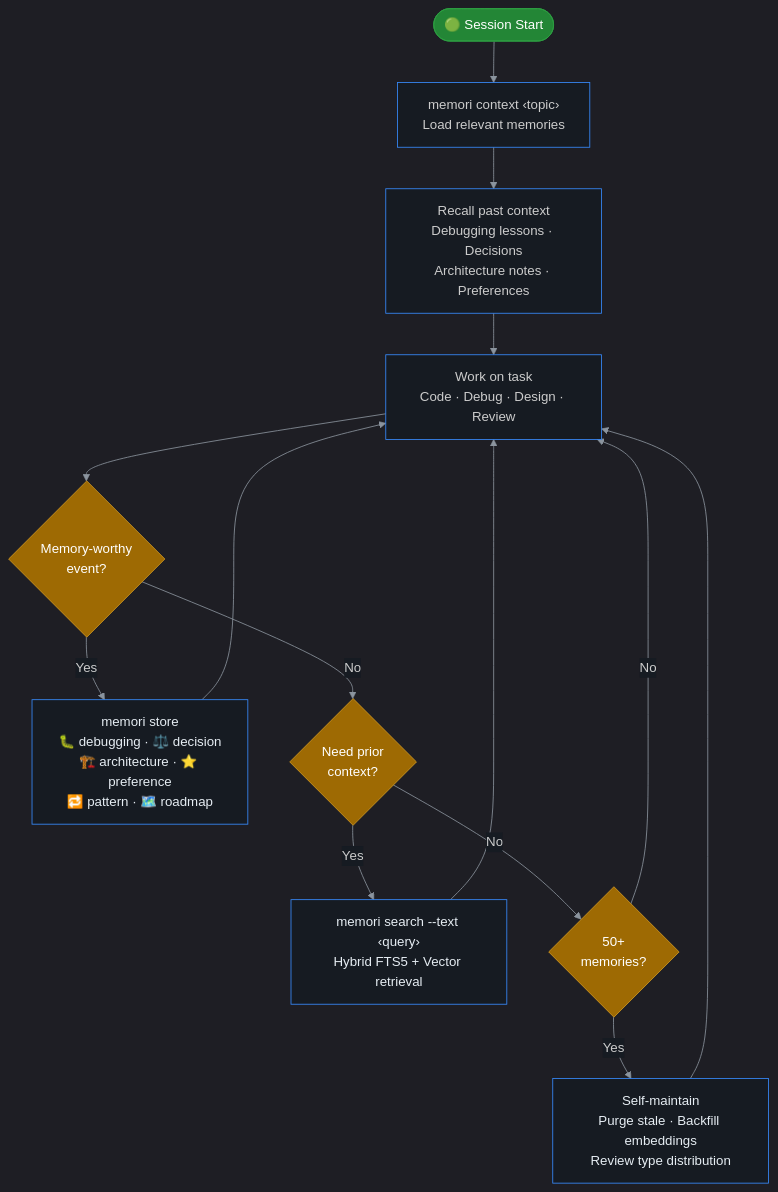
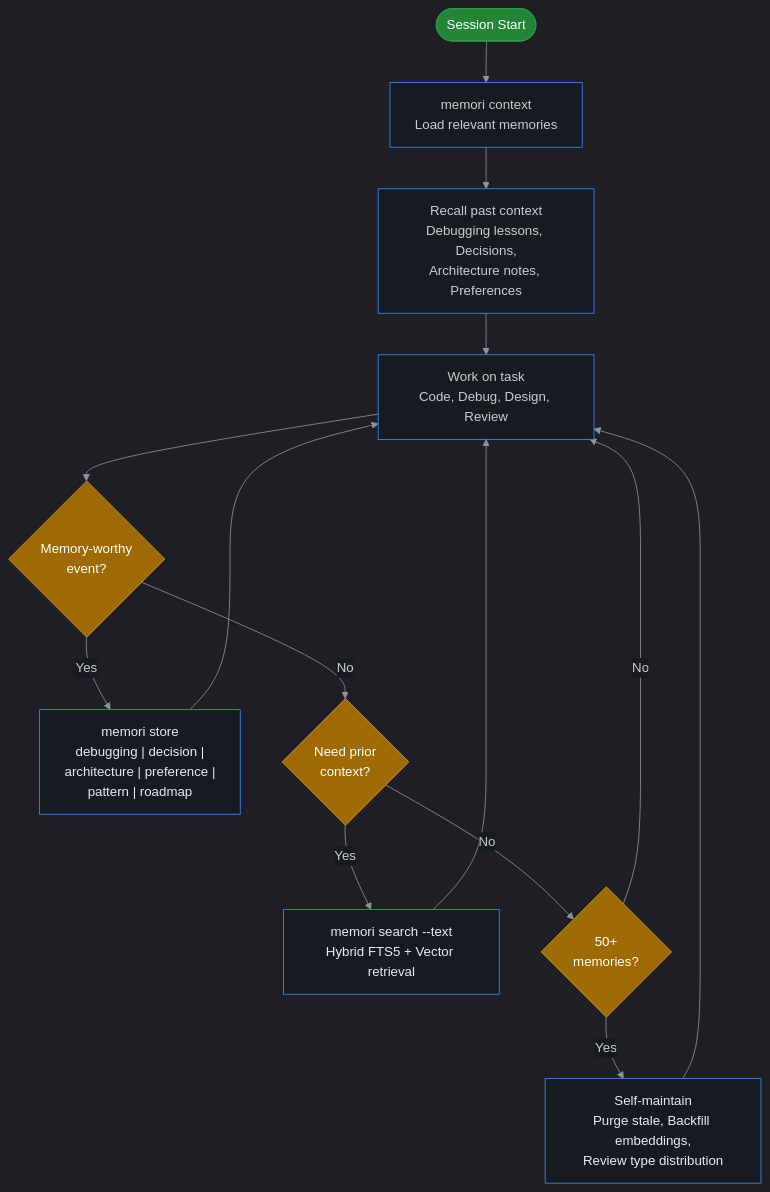
One commit to archit15singh/memori changed the diagram in docs/architecture-agent.mmd. Above: the diagram before and after it, drawn with Mermaid. The commit also changed 3 other files, not shown here.

Commit message:
fix: render line breaks correctly in architecture diagrams

```diff
--- a/docs/architecture-agent.mmd
+++ b/docs/architecture-agent.mmd
@@ -1,33 +1,33 @@
 %%{init: {'theme': 'dark', 'themeVariables': {'primaryColor': '#1f6feb', 'primaryTextColor': '#e6edf3', 'primaryBorderColor': '#388bfd', 'lineColor': '#8b949e', 'secondaryColor': '#161b22', 'tertiaryColor': '#0d1117', 'background': '#0d1117', 'mainBkg': '#161b22', 'nodeBorder': '#388bfd', 'clusterBkg': '#161b2299', 'clusterBorder': '#30363d', 'titleColor': '#e6edf3', 'edgeLabelBackground': '#161b22', 'fontSize': '16px'}}}%%
 
 flowchart TB
-    A1(["🟢 Session Start"])
-    A2["memori context ‹topic›\nLoad relevant memories"]
-    A3["Recall past context\nDebugging lessons · Decisions\nArchitecture notes · Preferences"]
-    A4["Work on task\nCode · Debug · Design · Review"]
+    A1(["Session Start"])
+    A2["memori context<br/>Load relevant memories"]
+    A3["Recall past context<br/>Debugging lessons, Decisions,<br/>Architecture notes, Preferences"]
+    A4["Work on task<br/>Code, Debug, Design, Review"]
 
-    A5{"Memory-worthy\nevent?"}
-    A6["memori store\n🐛 debugging · ⚖️ decision\n🏗️ architecture · ⭐ preference\n🔁 pattern · 🗺️ roadmap"]
+    A5{"Memory-worthy<br/>event?"}
+    A6["memori store<br/>debugging | decision |<br/>architecture | preference |<br/>pattern | roadmap"]
 
-    A7{"Need prior\ncontext?"}
-    A8["memori search --text ‹query›\nHybrid FTS5 + Vector retrieval"]
+    A7{"Need prior<br/>context?"}
+    A8["memori search --text<br/>Hybrid FTS5 + Vector retrieval"]
 
-    A9{"50+\nmemories?"}
-    A10["Self-maintain\nPurge stale · Backfill embeddings\nReview type distribution"]
+    A9{"50+<br/>memories?"}
+    A10["Self-maintain<br/>Purge stale, Backfill embeddings,<br/>Review type distribution"]
 
     A1 --> A2 --> A3 --> A4
     A4 --> A5
     A5 -->|"Yes"| A6 --> A4
     A5 -->|"No"| A7
     A7 -->|"Yes"| A8 --> A4
     A7 -->|"No"| A9
     A9 -->|"Yes"| A10 --> A4
     A9 -->|"No"| A4
 
     style A1 fill:#238636,stroke:#2ea043,color:#ffffff
     style A5 fill:#9e6a03,stroke:#d29922,color:#ffffff
     style A7 fill:#9e6a03,stroke:#d29922,color:#ffffff
     style A9 fill:#9e6a03,stroke:#d29922,color:#ffffff
     style A6 fill:#161b22,stroke:#388bfd,color:#e6edf3
     style A8 fill:#161b22,stroke:#388bfd,color:#e6edf3
     style A10 fill:#161b22,stroke:#388bfd,color:#e6edf3
```
